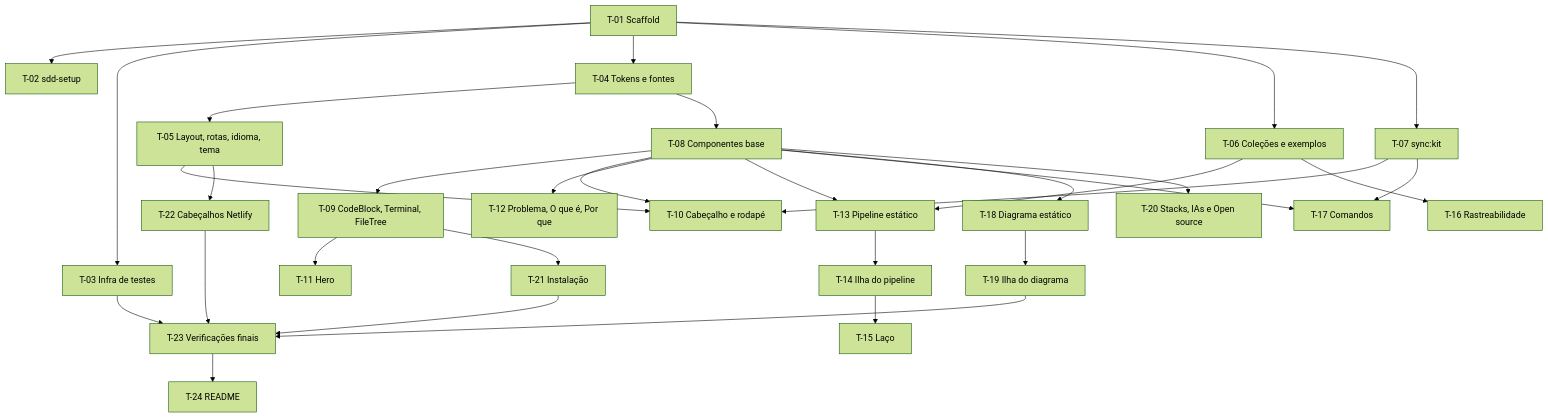
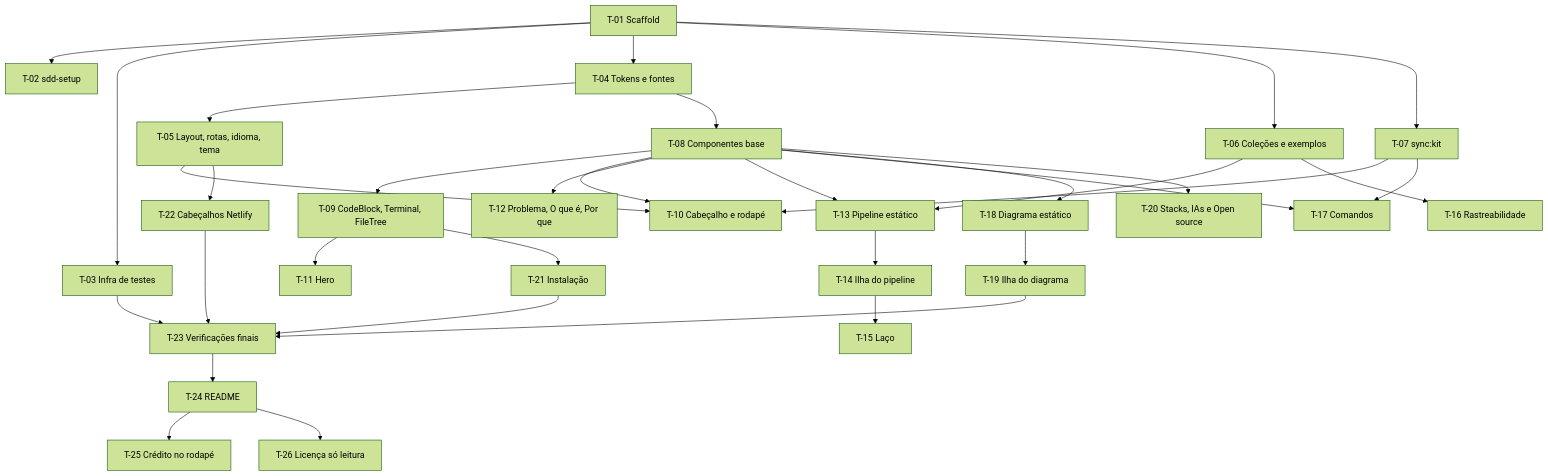
Before and after one commit to fbzsaullo/MyAiToolKit-Site: the diagram in docs/sdd/plans/PLAN-001-landing-page.md, drawn with Mermaid (forest theme). The commit also changed other lines of this file and 4 other files, not shown here.

````diff
--- a/docs/sdd/plans/PLAN-001-landing-page.md
+++ b/docs/sdd/plans/PLAN-001-landing-page.md
@@ -38,33 +38,35 @@
 ```mermaid
 graph TD
     T01[T-01 Scaffold] --> T02[T-02 sdd-setup]
     T01 --> T03[T-03 Infra de testes]
     T01 --> T04[T-04 Tokens e fontes]
     T04 --> T05[T-05 Layout, rotas, idioma, tema]
     T01 --> T06[T-06 Coleções e exemplos]
     T01 --> T07[T-07 sync:kit]
     T04 --> T08[T-08 Componentes base]
     T08 --> T09[T-09 CodeBlock, Terminal, FileTree]
     T05 --> T10[T-10 Cabeçalho e rodapé]
     T08 --> T10
     T07 --> T10
     T09 --> T11[T-11 Hero]
     T08 --> T12[T-12 Problema, O que é, Por que]
     T06 --> T13[T-13 Pipeline estático]
     T08 --> T13
     T13 --> T14[T-14 Ilha do pipeline]
     T14 --> T15[T-15 Laço]
     T06 --> T16[T-16 Rastreabilidade]
     T07 --> T17[T-17 Comandos]
     T08 --> T17
     T08 --> T18[T-18 Diagrama estático]
     T18 --> T19[T-19 Ilha do diagrama]
     T08 --> T20[T-20 Stacks, IAs e Open source]
     T09 --> T21[T-21 Instalação]
     T05 --> T22[T-22 Cabeçalhos Netlify]
     T03 --> T23[T-23 Verificações finais]
     T21 --> T23
     T19 --> T23
     T22 --> T23
     T23 --> T24[T-24 README]
+    T24 --> T25[T-25 Crédito no rodapé]
+    T24 --> T26[T-26 Licença só leitura]
 ```
````
